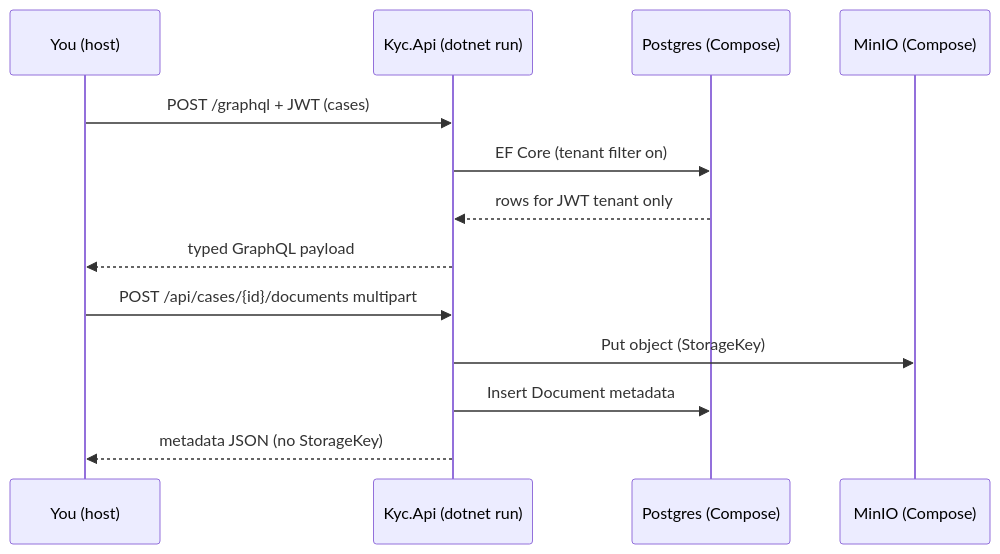
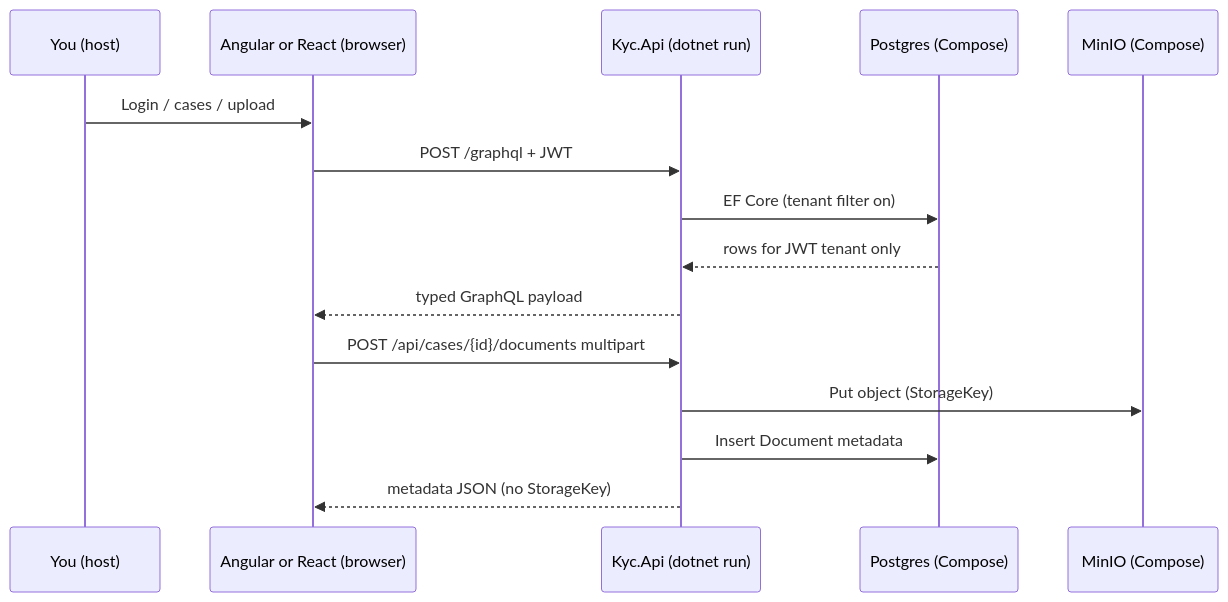
The diagram in README.STUDY.md (SDS37/kyc-multi-frontend), drawn with Mermaid before and after one commit. The commit also changed other lines of this file and 21 other files, not shown here.

````diff
--- a/README.STUDY.md
+++ b/README.STUDY.md
@@ -36,16 +36,18 @@
 ```mermaid
 sequenceDiagram
     participant You as You (host)
+    participant UI as Angular or React (browser)
     participant API as Kyc.Api (dotnet run)
     participant PG as Postgres (Compose)
     participant MN as MinIO (Compose)
 
-    You->>API: POST /graphql + JWT (cases)
+    You->>UI: Login / cases / upload
+    UI->>API: POST /graphql + JWT
     API->>PG: EF Core (tenant filter on)
     PG-->>API: rows for JWT tenant only
-    API-->>You: typed GraphQL payload
-    You->>API: POST /api/cases/{id}/documents multipart
+    API-->>UI: typed GraphQL payload
+    UI->>API: POST /api/cases/{id}/documents multipart
     API->>MN: Put object (StorageKey)
     API->>PG: Insert Document metadata
-    API-->>You: metadata JSON (no StorageKey)
+    API-->>UI: metadata JSON (no StorageKey)
 ```
````
